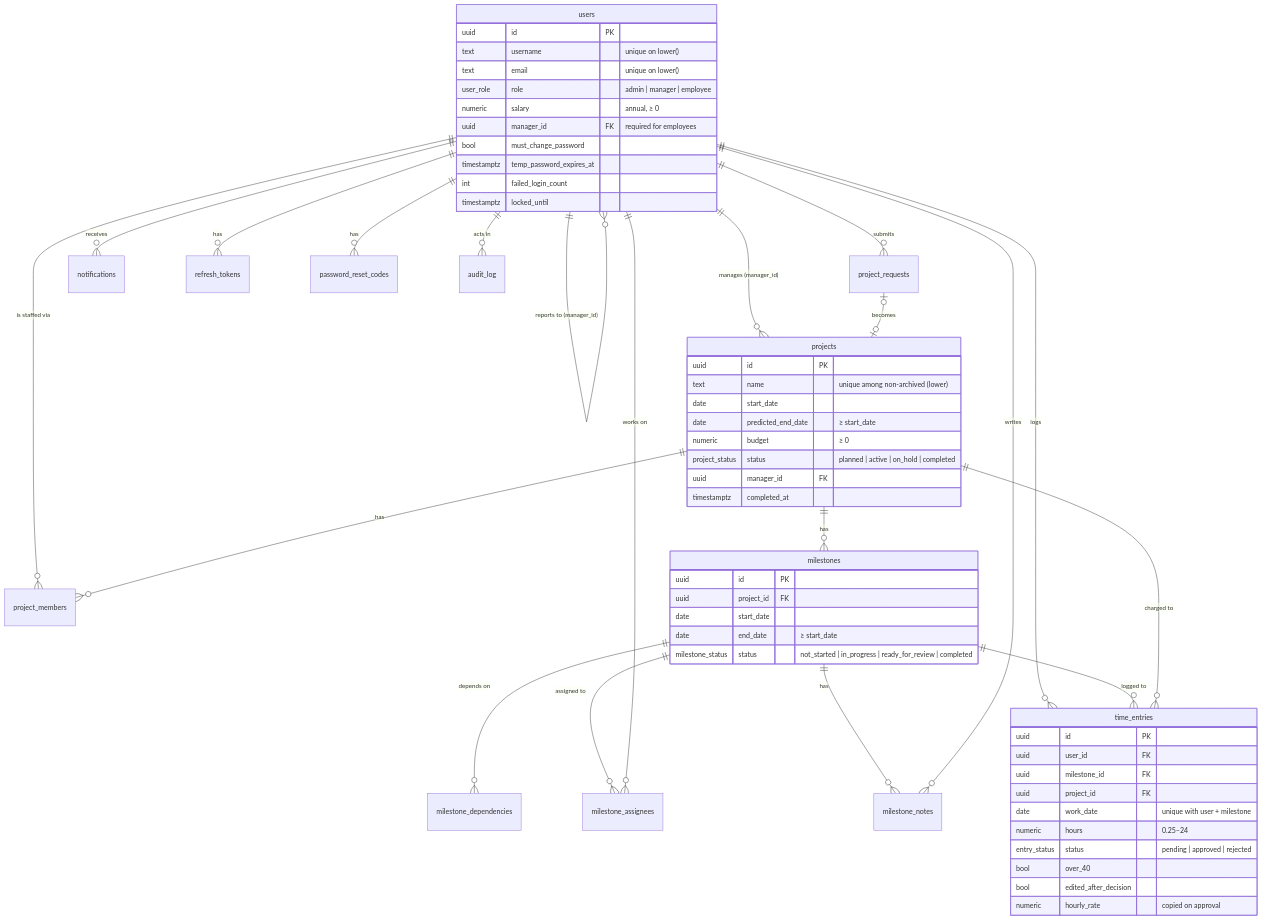
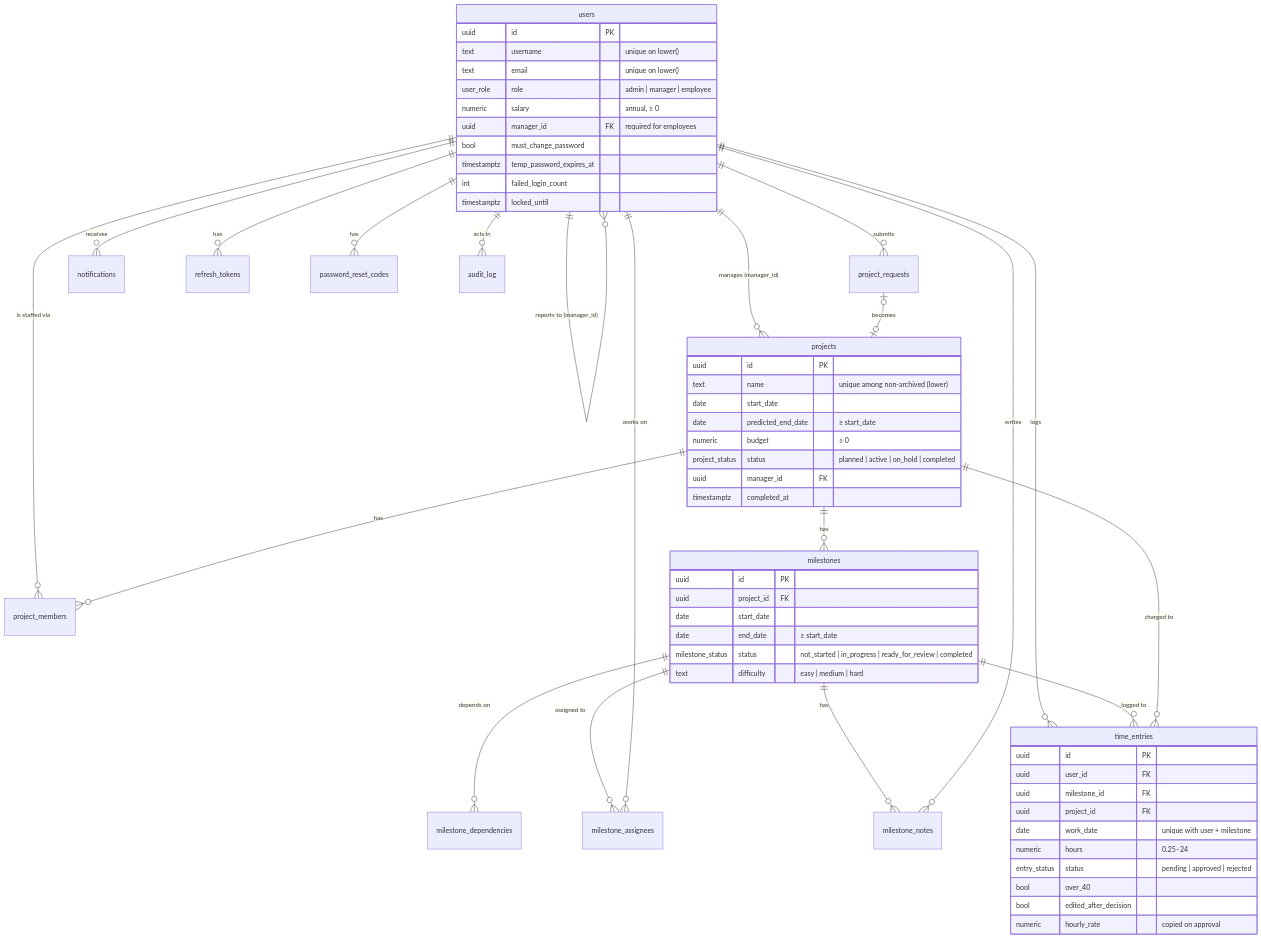
Before and after one commit to RootMoataz/citi-overwatch: the diagram in docs/project/DATA_MODEL.md, drawn with Mermaid. The commit also changed other lines of this file and 15 other files, not shown here.

````diff
--- a/docs/project/DATA_MODEL.md
+++ b/docs/project/DATA_MODEL.md
@@ -15,64 +15,65 @@
 ```mermaid
 erDiagram
   users ||--o{ users : "reports to (manager_id)"
   users ||--o{ projects : "manages (manager_id)"
   users ||--o{ project_members : "is staffed via"
   projects ||--o{ project_members : has
   projects ||--o{ milestones : has
   milestones ||--o{ milestone_dependencies : "depends on"
   milestones ||--o{ milestone_assignees : "assigned to"
   users ||--o{ milestone_assignees : "works on"
   milestones ||--o{ milestone_notes : has
   users ||--o{ milestone_notes : writes
   users ||--o{ time_entries : logs
   milestones ||--o{ time_entries : "logged to"
   projects ||--o{ time_entries : "charged to"
   users ||--o{ project_requests : submits
   project_requests |o--o| projects : "becomes"
   users ||--o{ notifications : receives
   users ||--o{ refresh_tokens : has
   users ||--o{ password_reset_codes : has
   users ||--o{ audit_log : "acts in"
 
   users {
     uuid id PK
     text username "unique on lower()"
     text email "unique on lower()"
     user_role role "admin | manager | employee"
     numeric salary "annual, ≥ 0"
     uuid manager_id FK "required for employees"
     bool must_change_password
     timestamptz temp_password_expires_at
     int failed_login_count
     timestamptz locked_until
   }
   projects {
     uuid id PK
     text name "unique among non-archived (lower)"
     date start_date
     date predicted_end_date "≥ start_date"
     numeric budget "≥ 0"
     project_status status "planned | active | on_hold | completed"
     uuid manager_id FK
     timestamptz completed_at
   }
   milestones {
     uuid id PK
     uuid project_id FK
     date start_date
     date end_date "≥ start_date"
     milestone_status status "not_started | in_progress | ready_for_review | completed"
+    text difficulty "easy | medium | hard"
   }
   time_entries {
     uuid id PK
     uuid user_id FK
     uuid milestone_id FK
     uuid project_id FK
     date work_date "unique with user + milestone"
     numeric hours "0.25–24"
     entry_status status "pending | approved | rejected"
     bool over_40
     bool edited_after_decision
     numeric hourly_rate "copied on approval"
   }
 ```
````
